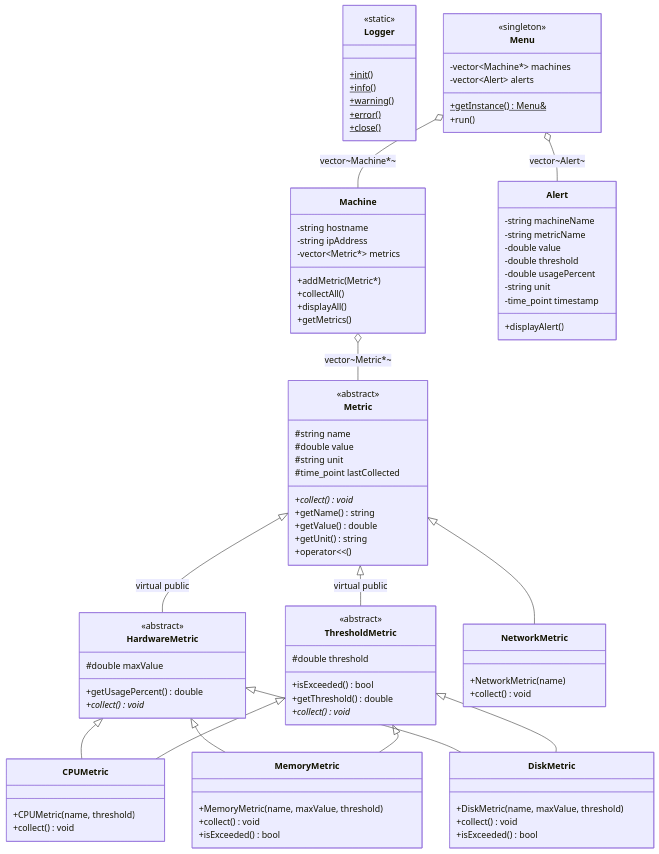
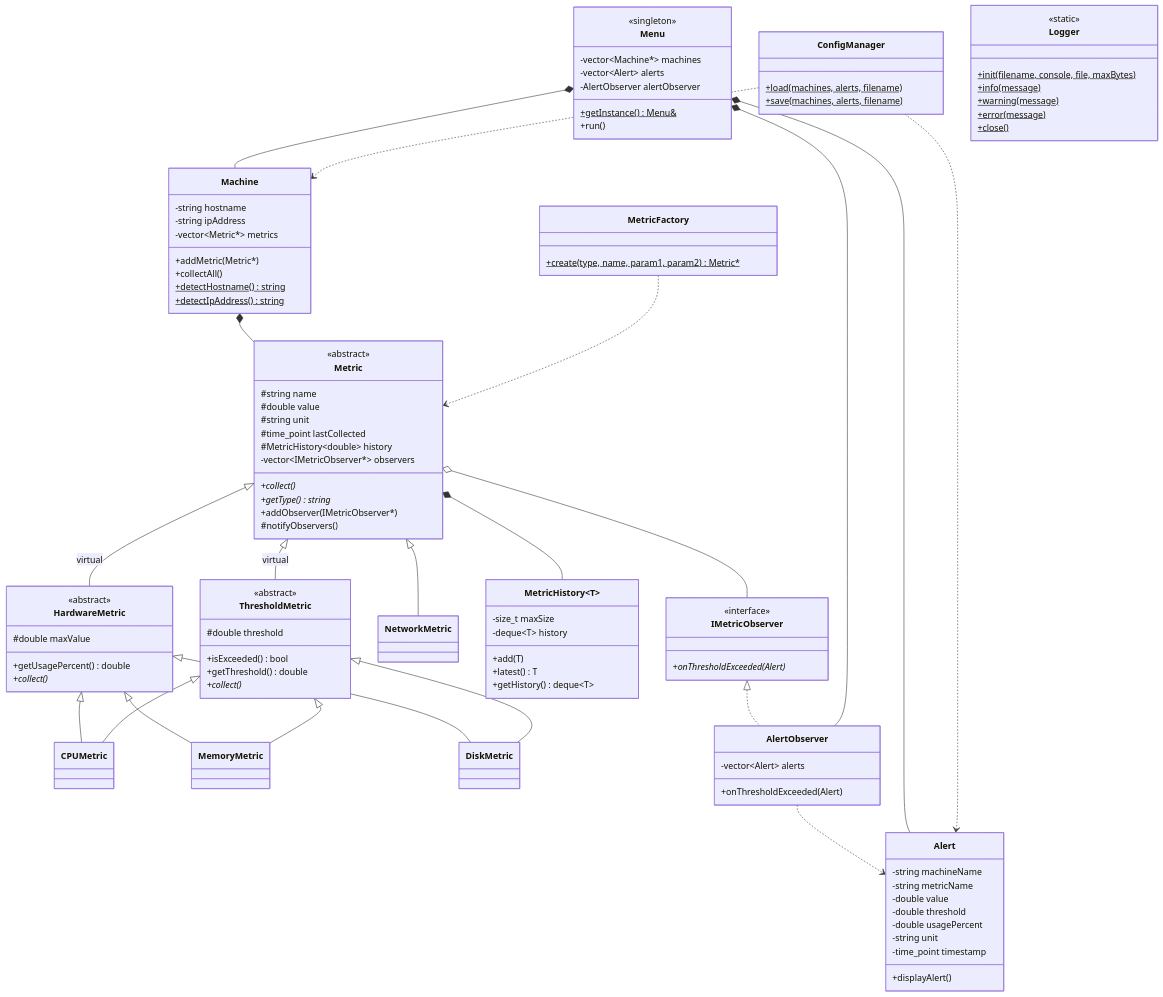
Before and after one commit to CristianBudala/Argus-OOP-Project: the first of 2 diagrams in README.md, drawn with Mermaid. The commit also changed other lines of this file, not shown here.

````diff
--- a/README.md
+++ b/README.md
@@ -17,23 +125,24 @@
 ```mermaid
 classDiagram
-    class Metric{
+    class Metric {
         <<abstract>>
         #string name
         #double value
         #string unit
         #time_point lastCollected
-        +collect()* void
-        +getName() string
-        +getValue() double
-        +getUnit() string
-        +operator<<()
+        #MetricHistory~double~ history
+        -vector~IMetricObserver*~ observers
+        +collect()*
+        +getType()* string
+        +addObserver(IMetricObserver*)
+        #notifyObservers()
     }
 
     class HardwareMetric {
         <<abstract>>
         #double maxValue
         +getUsagePercent() double
-        +collect()* void
+        +collect()*
     }
 
     class ThresholdMetric {
@@ -41,29 +150,20 @@
         #double threshold
         +isExceeded() bool
         +getThreshold() double
-        +collect()* void
+        +collect()*
     }
 
-    class CPUMetric {
-        +CPUMetric(name, threshold)
-        +collect() void
-    }
+    class CPUMetric
+    class MemoryMetric
+    class DiskMetric
+    class NetworkMetric
 
-    class MemoryMetric {
-        +MemoryMetric(name, maxValue, threshold)
-        +collect() void
-        +isExceeded() bool
-    }
-
-    class DiskMetric {
-        +DiskMetric(name, maxValue, threshold)
-        +collect() void
-        +isExceeded() bool
-    }
-
-    class NetworkMetric {
-        +NetworkMetric(name)
-        +collect() void
+    class MetricHistory~T~ {
+        -size_t maxSize
+        -deque~T~ history
+        +add(T)
+        +latest() T
+        +getHistory() deque~T~
     }
 
     class Machine {
@@ -72,8 +172,18 @@
         -vector~Metric*~ metrics
         +addMetric(Metric*)
         +collectAll()
-        +displayAll()
-        +getMetrics()
+        +detectHostname()$ string
+        +detectIpAddress()$ string
+    }
+
+    class IMetricObserver {
+        <<interface>>
+        +onThresholdExceeded(Alert)*
+    }
+
+    class AlertObserver {
+        -vector~Alert~ alerts
+        +onThresholdExceeded(Alert)
     }
 
     class Alert {
@@ -87,36 +197,51 @@
         +displayAlert()
     }
 
-    class Logger {
-        <<static>>
-        +init()$
-        +info()$
-        +warning()$
-        +error()$
-        +close()$
-    }
-
     class Menu {
         <<singleton>>
         -vector~Machine*~ machines
         -vector~Alert~ alerts
+        -AlertObserver alertObserver
         +getInstance()$ Menu&
         +run()
     }
 
-    Metric <|-- HardwareMetric : virtual public
-    Metric <|-- ThresholdMetric : virtual public
+    class MetricFactory {
+        +create(type, name, param1, param2)$ Metric*
+    }
+
+    class ConfigManager {
+        +load(machines, alerts, filename)$
+        +save(machines, alerts, filename)$
+    }
+
+    class Logger {
+        <<static>>
+        +init(filename, console, file, maxBytes)$
+        +info(message)$
+        +warning(message)$
+        +error(message)$
+        +close()$
+    }
+
+    Metric <|-- HardwareMetric : virtual
+    Metric <|-- ThresholdMetric : virtual
     Metric <|-- NetworkMetric
-
     HardwareMetric <|-- CPUMetric
     HardwareMetric <|-- MemoryMetric
     HardwareMetric <|-- DiskMetric
-
     ThresholdMetric <|-- CPUMetric
     ThresholdMetric <|-- MemoryMetric
     ThresholdMetric <|-- DiskMetric
-
-    Machine o-- Metric : vector~Metric*~
-    Menu o-- Machine : vector~Machine*~
-    Menu o-- Alert : vector~Alert~
+    Metric *-- MetricHistory
+    Metric o-- IMetricObserver
+    IMetricObserver <|.. AlertObserver
+    AlertObserver ..> Alert
+    Machine *-- Metric
+    Menu *-- Machine
+    Menu *-- AlertObserver
+    Menu *-- Alert
+    MetricFactory ..> Metric
+    ConfigManager ..> Machine
+    ConfigManager ..> Alert
 ```
````
